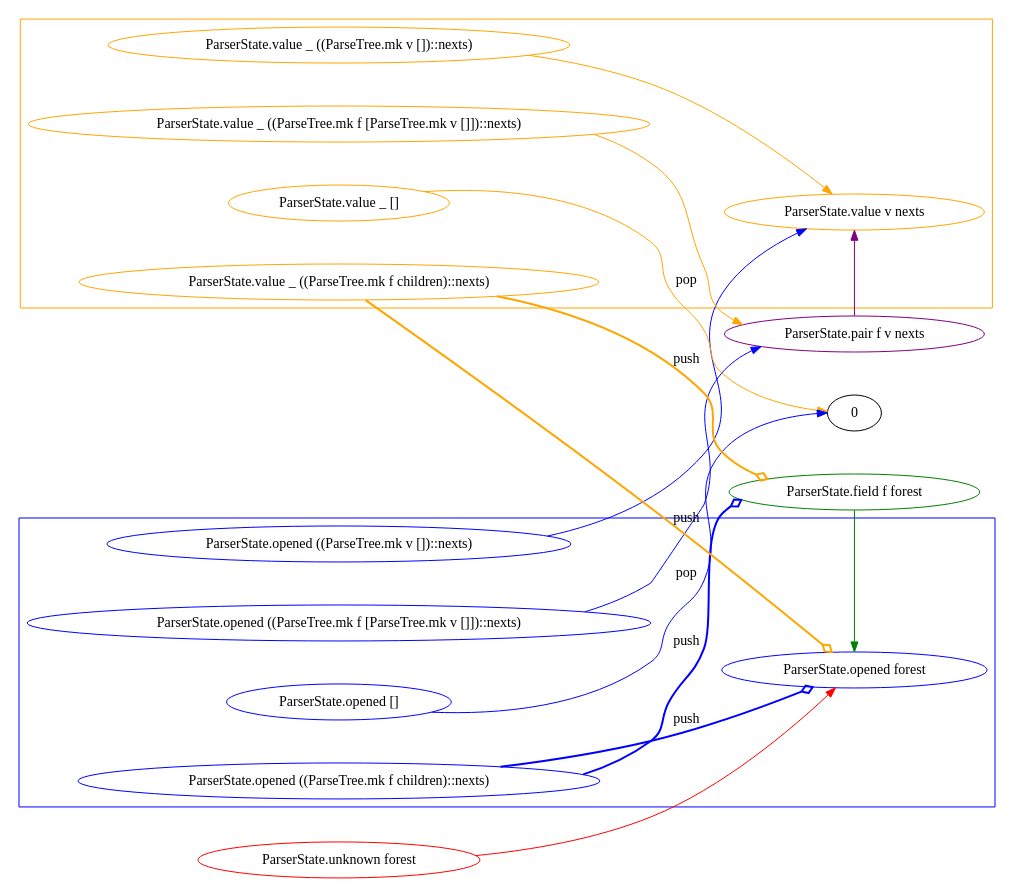
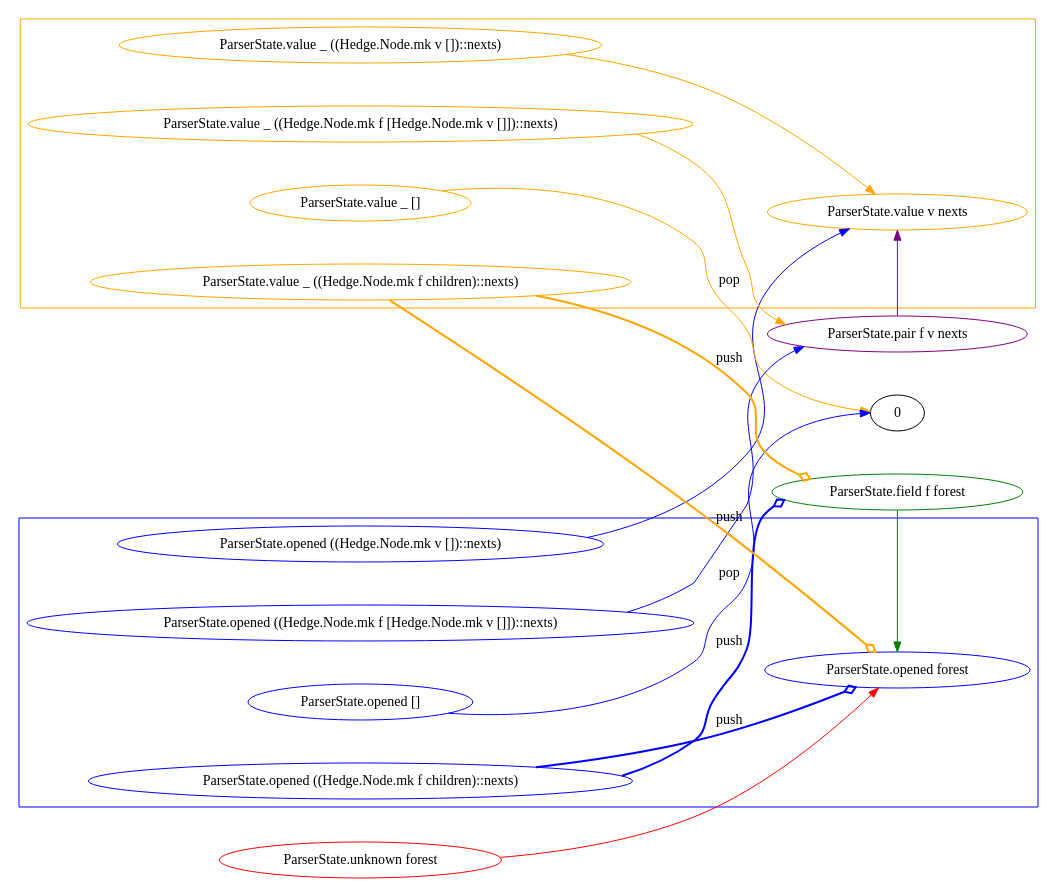
The diagram in Validator/Parser/TreeParser.dot (katydid/validator-lean), drawn with Graphviz before and after one commit. The commit also changed 33 other files, not shown here.

Commit message:
rename ParseTree to Hedge

```diff
--- a/Validator/Parser/TreeParser.dot
+++ b/Validator/Parser/TreeParser.dot
@@ -1,84 +1,84 @@
 // Visualizes the state changes for the ParserState of TreeParser.lean.
 
 digraph {
     rankdir = "LR"
     nodesep=0.6;
 
-    // ParserState.opened ((ParseTree.mk v [])::nexts) > ParserState.value v nexts
-    opened_value [label = "ParserState.opened ((ParseTree.mk v [])::nexts)" color="blue"]
+    // ParserState.opened ((Hedge.Node.mk v [])::nexts) > ParserState.value v nexts
+    opened_value [label = "ParserState.opened ((Hedge.Node.mk v [])::nexts)" color="blue"]
     opened_value -> value [color="blue"]
 
-    // ParserState.value _ ((ParseTree.mk f [ParseTree.mk v []])::nexts) > ParserState.pair f v nexts
-    value_pair [label = "ParserState.value _ ((ParseTree.mk f [ParseTree.mk v []])::nexts)" color="orange"]
+    // ParserState.value _ ((Hedge.Node.mk f [Hedge.Node.mk v []])::nexts) > ParserState.pair f v nexts
+    value_pair [label = "ParserState.value _ ((Hedge.Node.mk f [Hedge.Node.mk v []])::nexts)" color="orange"]
     pair [label = "ParserState.pair f v nexts" color="purple"]
     value_pair -> pair [color="orange"]
 
-    // ParserState.opened ((ParseTree.mk f [ParseTree.mk v []])::nexts) > ParserState.pair f v nexts
-    opened_pair [label = "ParserState.opened ((ParseTree.mk f [ParseTree.mk v []])::nexts)" color="blue"]
+    // ParserState.opened ((Hedge.Node.mk f [Hedge.Node.mk v []])::nexts) > ParserState.pair f v nexts
+    opened_pair [label = "ParserState.opened ((Hedge.Node.mk f [Hedge.Node.mk v []])::nexts)" color="blue"]
     opened_pair -> pair [color="blue"]
 
     // ParserState.pair _ v nexts > ParserState.value v nexts
     pair -> value [color="purple"]
 
     // ParserState.field _ children > ParserState.opened children
     field [label = "ParserState.field f forest" color="green"]
     field -> opened [color="green"]
 
     // x + ParserState.value _ [] > x
     value_empty [label = "ParserState.value _ []" color="orange"]
     zero [label = "0" rank="min"]
     value_empty -> zero [label = "pop" color="orange"]
 
     // x + ParserState.opened [] > x
     opened_empty [label = "ParserState.opened []" color="blue"]
     opened_empty -> zero [label = "pop" color="blue"]
 
     // children ≠ []
-    // children ≠ [ParseTree.mk v []]
-    // ParserState.opened ((ParseTree.mk f children)::nexts) > ParserState.opened nexts + ParserState.field f children
-    opened_other [label = "ParserState.opened ((ParseTree.mk f children)::nexts)" color="blue"]
+    // children ≠ [Hedge.Node.mk v []]
+    // ParserState.opened ((Hedge.Node.mk f children)::nexts) > ParserState.opened nexts + ParserState.field f children
+    opened_other [label = "ParserState.opened ((Hedge.Node.mk f children)::nexts)" color="blue"]
     opened_other -> opened [arrowhead = "odiamond" label="push" style="bold" color="blue"]
     opened_other -> field [arrowhead = "odiamond" label="push" style="bold" color="blue"]
-    // ParserState.value _ ((ParseTree.mk f children)::nexts) > ParserState.opened nexts + ParserState.field f children
-    value_other [label = "ParserState.value _ ((ParseTree.mk f children)::nexts)" color="orange"]
+    // ParserState.value _ ((Hedge.Node.mk f children)::nexts) > ParserState.opened nexts + ParserState.field f children
+    value_other [label = "ParserState.value _ ((Hedge.Node.mk f children)::nexts)" color="orange"]
     value_other -> opened [arrowhead = "odiamond" label="push" style="bold" color="orange"]
     value_other -> field [arrowhead = "odiamond" label="push" style="bold" color="orange"]
 
     // value -> value_empty [ arrowhead = none ]
     // value -> value_value [ arrowhead = none ]
     // value -> value_pair [ arrowhead = none ]
     // value -> value_other [ arrowhead = none ]
 
     subgraph cluster_value {
         color="orange"
         value
         value_empty
         value_value
         value_pair
         value_other
     }
 
     // opened -> opened_empty [ arrowhead = none ]
     // opened -> opened_value [ arrowhead = none ]
     // opened -> opened_pair [ arrowhead = none ]
     // opened -> opened_other [ arrowhead = none ]
 
     subgraph cluster_opened {
         color="blue"
         opened
         opened_empty
         opened_value
         opened_pair
         opened_other
     }
 
     // ParserState.unknown forest > ParserState.opened forest
     unknown [label = "ParserState.unknown forest" rank="max" color="red"]
     opened [label = "ParserState.opened forest" color="blue"]
     unknown -> opened [color="red"]
 
-    // ParserState.value _ ((ParseTree.mk v [])::nexts) > ParserState.value v nexts
-    value_value [label = "ParserState.value _ ((ParseTree.mk v [])::nexts)" color="orange"]
+    // ParserState.value _ ((Hedge.Node.mk v [])::nexts) > ParserState.value v nexts
+    value_value [label = "ParserState.value _ ((Hedge.Node.mk v [])::nexts)" color="orange"]
     value [label = "ParserState.value v nexts" color="orange"]
     value_value -> value [color="orange"]
 }
```
